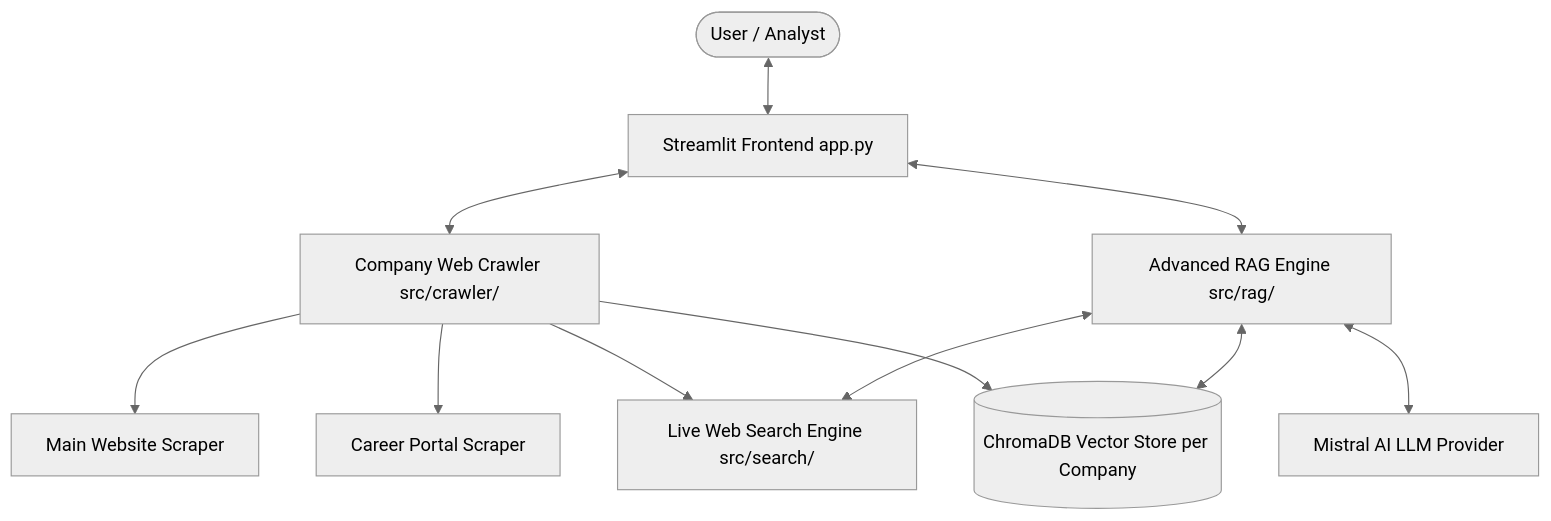
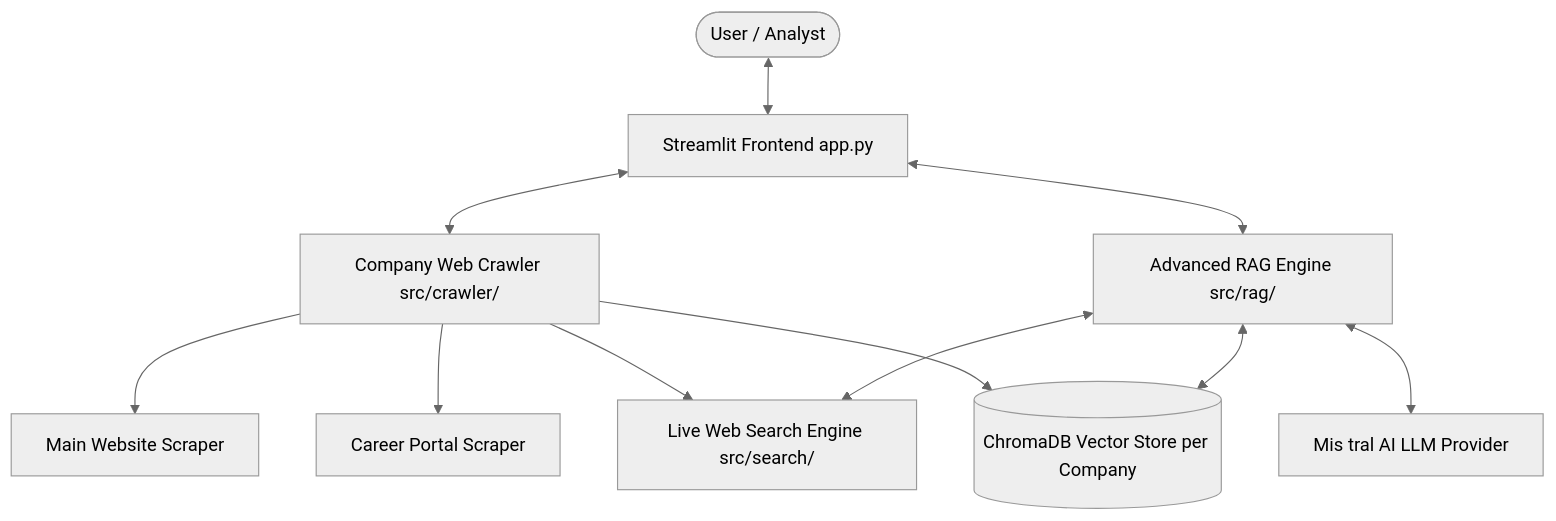
One commit to sajaljhaa/Company-RAG-Studio changed the diagram in README.md. Above: the diagram before and after it, drawn with Mermaid (neutral theme).

Commit message:
docs: fix typo in Mistral AI label within README architecture diagram

````diff
--- a/README.md
+++ b/README.md
@@ -28,15 +28,15 @@
 ```mermaid
 graph TD
     User([User / Analyst]) <--> UI[Streamlit Frontend app.py]
     UI <--> Crawler[Company Web Crawler src/crawler/]
     UI <--> RAG[Advanced RAG Engine src/rag/]
     
     Crawler --> MainSite[Main Website Scraper]
     Crawler --> CareerSite[Career Portal Scraper]
     Crawler --> SearchEngine[Live Web Search Engine src/search/]
     
     Crawler --> Store[(ChromaDB Vector Store per Company)]
     RAG <--> Store
     RAG <--> SearchEngine
-    RAG <--> Mistral[Mistral AI LLM Provider]
+    RAG <--> Mistral[Mis    tral AI LLM Provider]
 ```
````
